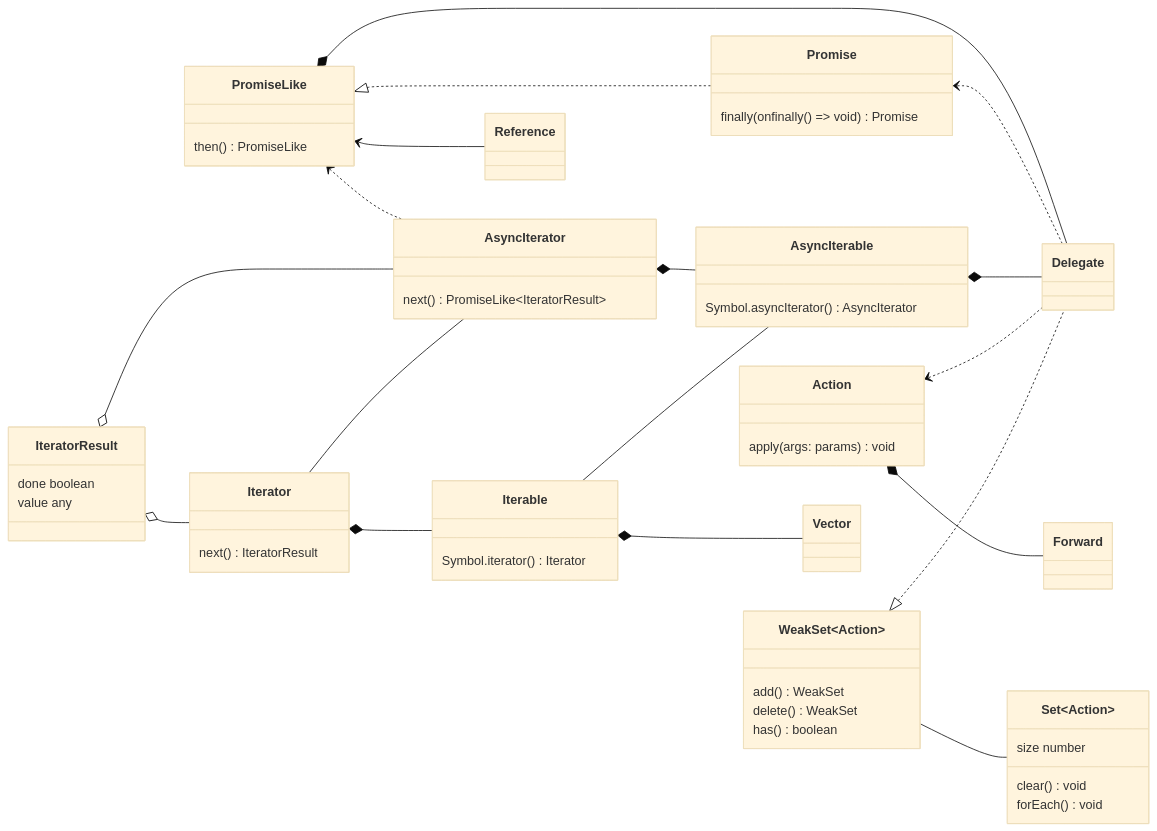
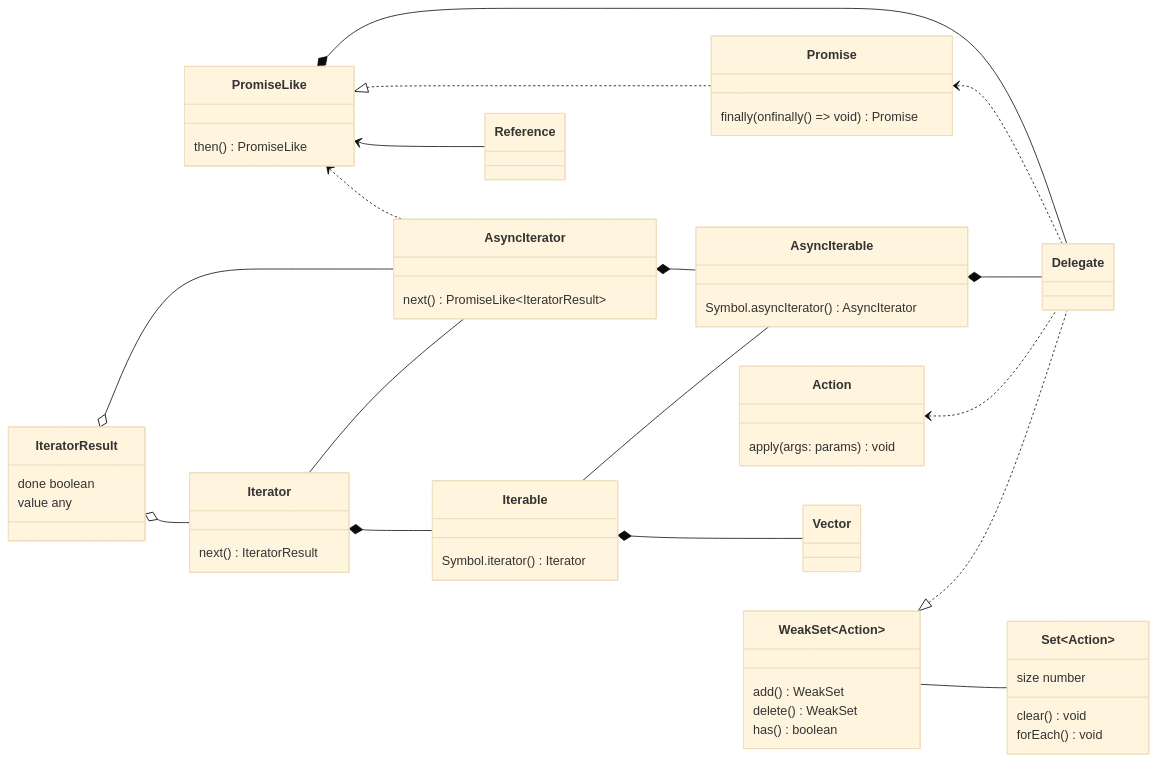
Before and after one commit to domrally/peekeasy: the fourth of 4 diagrams in README.md, drawn with Mermaid (base theme). The commit also changed 10 other files, not shown here.

````diff
--- a/README.md
+++ b/README.md
@@ -202,63 +202,62 @@
 ```mermaid
 classDiagram
     direction LR
     PromiseLike <|.. Promise
     PromiseLike *-- Delegate
     Promise <.. Delegate
     PromiseLike <.. AsyncIterator
     IteratorResult o-- AsyncIterator
     Iterator -- AsyncIterator
     AsyncIterator *-- AsyncIterable
     Iterable -- AsyncIterable
     AsyncIterable *-- Delegate
     IteratorResult o-- Iterator
     Iterator *-- Iterable
     Action <.. Delegate
-    Action *-- Forward
     WeakSet~Action~ -- Set~Action~
     WeakSet~Action~ <|.. Delegate
     PromiseLike <-- Reference
     Iterable *-- Vector
     class IteratorResult {
         done boolean
         value any
     }
     class AsyncIterable {
         Symbol.asyncIterator() AsyncIterator
     }
     class Iterable {
         Symbol.iterator() Iterator
     }
     class Iterator {
         next() IteratorResult
     }
     class AsyncIterator {
         next() PromiseLike~IteratorResult~
     }
     class PromiseLike {
         then() PromiseLike
     }
     class Promise {
         finally(onfinally () => void) Promise
     }
     class WeakSet {
         add() WeakSet
         delete() WeakSet
         has() boolean
     }
     class Set {
         size number
         clear() void
         forEach() void
     }
     class Action {
         apply(args: params) void
     }
 	 link Action "https://github.com/domrally/peekeasy/blob/main/src/action.ts" "action.ts"
     class Delegate
     link Delegate "https://github.com/domrally/peekeasy/blob/main/src/delegate.ts" "delegate.ts"
     class Vector
     link Vector "https://github.com/domrally/peekeasy/blob/main/src/vector.ts" "vector.ts"
 	 class Reference
 	 link Reference "https://github.com/domrally/peekeasy/blob/main/src/reference.ts" "reference.ts"
 ```
````
